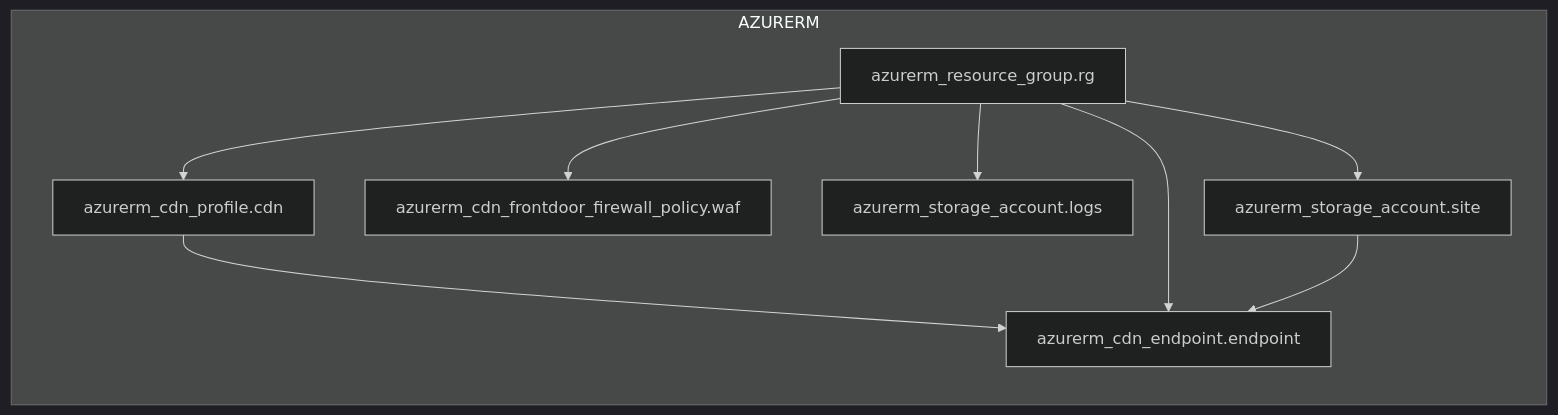
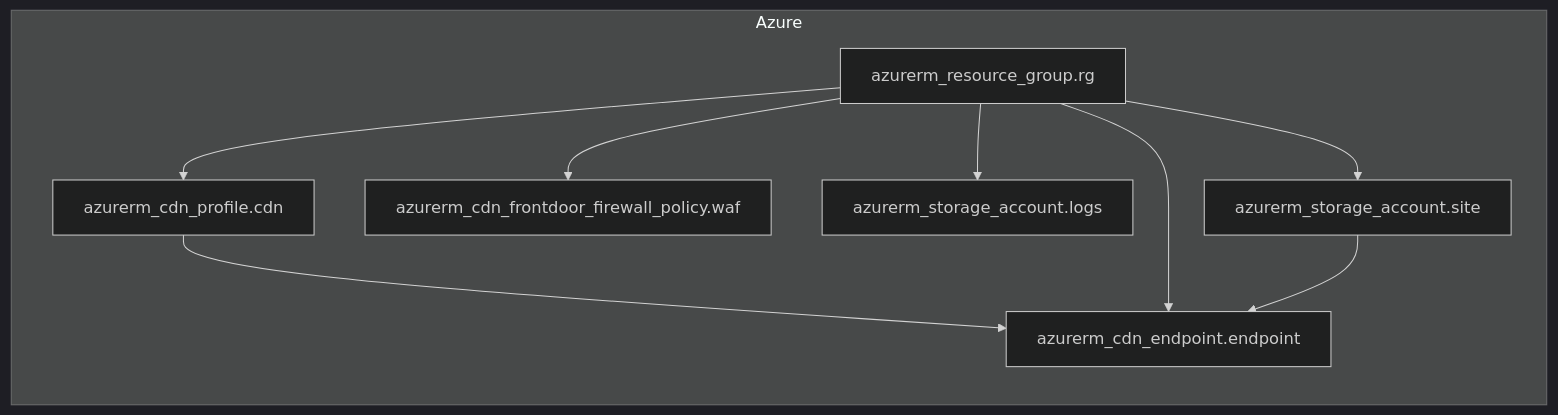
Before and after one commit to suryakumaran2611/auto-arch-diagram: the diagram in examples/serverless-website/azure/terraform/architecture-diagram.md, drawn with Mermaid (dark theme). The commit also changed 53 other files, not shown here.

First line of the commit message:
Update architecture diagrams and add dynamic icon mapping tools

````diff
--- a/examples/serverless-website/azure/terraform/architecture-diagram.md
+++ b/examples/serverless-website/azure/terraform/architecture-diagram.md
@@ -7,18 +7,18 @@
 ```mermaid
 flowchart LR
-subgraph AZURERM[AZURERM]
+subgraph Azure[Azure]
   tf_azurerm_cdn_endpoint_endpoint["azurerm_cdn_endpoint.endpoint"]
   tf_azurerm_cdn_frontdoor_firewall_policy_waf["azurerm_cdn_frontdoor_firewall_policy.waf"]
   tf_azurerm_cdn_profile_cdn["azurerm_cdn_profile.cdn"]
   tf_azurerm_resource_group_rg["azurerm_resource_group.rg"]
   tf_azurerm_storage_account_logs["azurerm_storage_account.logs"]
   tf_azurerm_storage_account_site["azurerm_storage_account.site"]
 end
 tf_azurerm_cdn_profile_cdn --> tf_azurerm_cdn_endpoint_endpoint
 tf_azurerm_resource_group_rg --> tf_azurerm_cdn_endpoint_endpoint
 tf_azurerm_resource_group_rg --> tf_azurerm_cdn_frontdoor_firewall_policy_waf
 tf_azurerm_resource_group_rg --> tf_azurerm_cdn_profile_cdn
 tf_azurerm_resource_group_rg --> tf_azurerm_storage_account_logs
 tf_azurerm_resource_group_rg --> tf_azurerm_storage_account_site
 tf_azurerm_storage_account_site --> tf_azurerm_cdn_endpoint_endpoint
 ```
````
